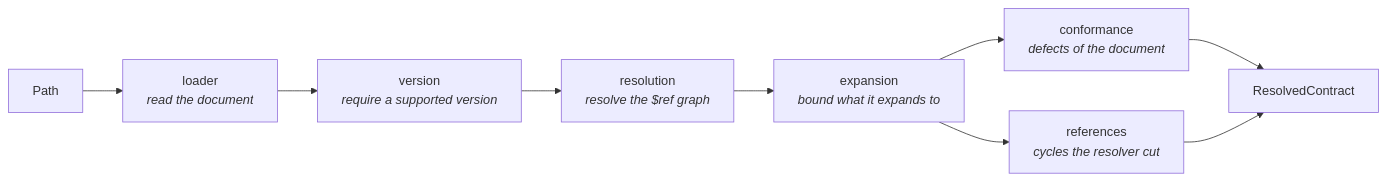
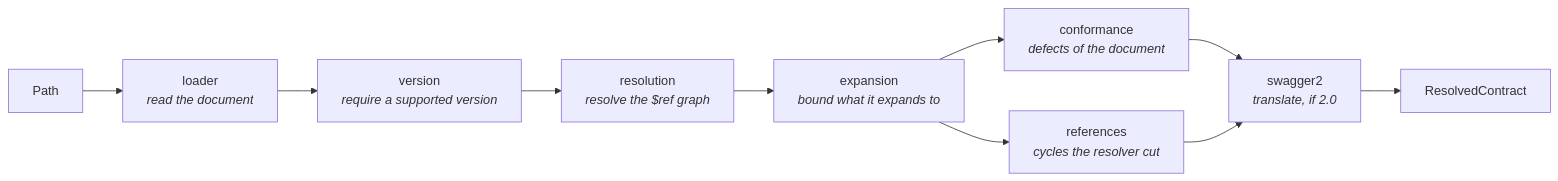
The second of 2 diagrams in docs/modules/contract-engine/reference.md (Spec-Forge-Testing/specforge-docs), drawn with Mermaid before and after one commit. The commit also changed other lines of this file and 1 other file, not shown here.

Commit message:
docs(contract-engine): document swagger 2.0 translation on ingestion

````diff
--- a/docs/modules/contract-engine/reference.md
+++ b/docs/modules/contract-engine/reference.md
@@ -79,11 +81,12 @@
 ```mermaid
 flowchart LR
     A[Path] --> B["loader<br/><i>read the document</i>"]
     B --> C["version<br/><i>require a supported version</i>"]
     C --> D["resolution<br/><i>resolve the $ref graph</i>"]
     D --> E["expansion<br/><i>bound what it expands to</i>"]
     E --> F["conformance<br/><i>defects of the document</i>"]
     E --> G["references<br/><i>cycles the resolver cut</i>"]
-    F --> H[ResolvedContract]
-    G --> H
+    F --> T["swagger2<br/><i>translate, if 2.0</i>"]
+    G --> T
+    T --> H[ResolvedContract]
 ```
````
